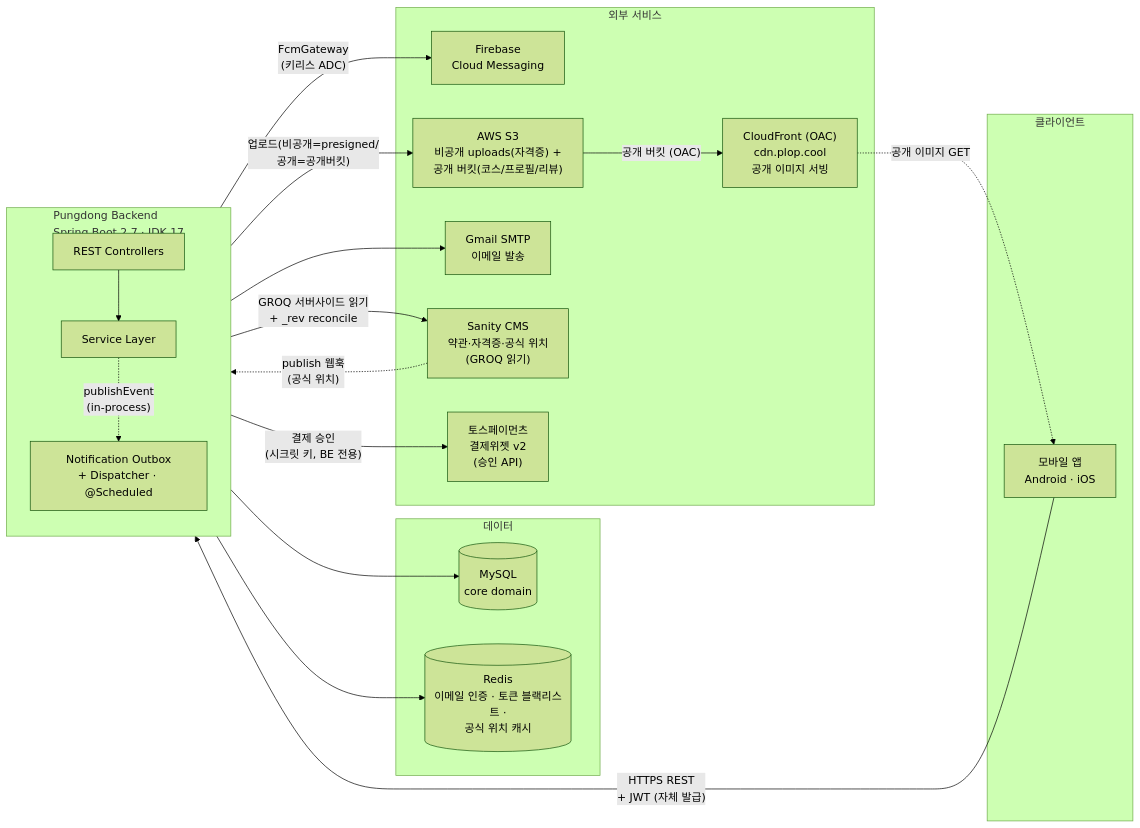
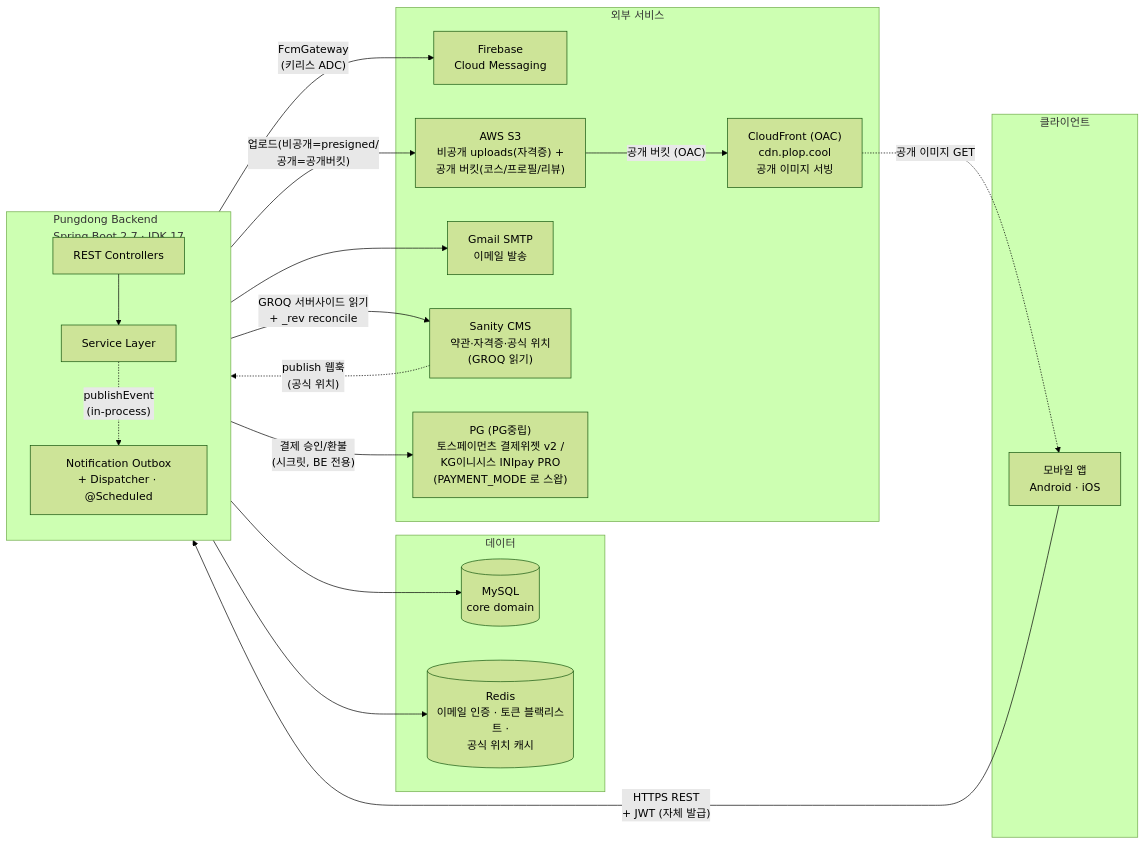
One commit to pungdong/Pungdong-Backend changed the diagram in README.md. Above: the diagram before and after it, drawn with Mermaid (forest theme). The commit also changed other lines of this file and 4 other files, not shown here.

````diff
--- a/README.md
+++ b/README.md
@@ -11,41 +11,41 @@
 ```mermaid
 flowchart LR
     subgraph Clients["클라이언트"]
         App["모바일 앱<br/>Android · iOS"]
     end
 
     subgraph Backend["Pungdong Backend<br/>Spring Boot 2.7 · JDK 17"]
         direction TB
         Controller["REST Controllers"]
         Service["Service Layer"]
         Notif["Notification Outbox<br/>+ Dispatcher · @Scheduled"]
         Controller --> Service
         Service -. "publishEvent<br/>(in-process)" .-> Notif
     end
 
     subgraph Data["데이터"]
         MySQL[("MySQL<br/>core domain")]
         Redis[("Redis<br/>이메일 인증 · 토큰 블랙리스트 ·<br/>공식 위치 캐시")]
     end
 
     subgraph External["외부 서비스"]
         FCM["Firebase<br/>Cloud Messaging"]
         S3["AWS S3<br/>비공개 uploads(자격증) +<br/>공개 버킷(코스/프로필/리뷰)"]
         CDN["CloudFront (OAC)<br/>cdn.plop.cool<br/>공개 이미지 서빙"]
         SMTP["Gmail SMTP<br/>이메일 발송"]
         Sanity["Sanity CMS<br/>약관·자격증·공식 위치<br/>(GROQ 읽기)"]
-        Toss["토스페이먼츠<br/>결제위젯 v2<br/>(승인 API)"]
+        PG["PG (PG중립)<br/>토스페이먼츠 결제위젯 v2 /<br/>KG이니시스 INIpay PRO<br/>(PAYMENT_MODE 로 스왑)"]
     end
 
     App -- "HTTPS REST<br/>+ JWT (자체 발급)" --> Controller
     Service --> MySQL
     Service --> Redis
     Service -- "업로드(비공개=presigned/<br/>공개=공개버킷)" --> S3
     S3 -- "공개 버킷 (OAC)" --> CDN
     CDN -. "공개 이미지 GET" .-> App
     Service --> SMTP
     Service -- "GROQ 서버사이드 읽기<br/>+ _rev reconcile" --> Sanity
-    Service -- "결제 승인<br/>(시크릿 키, BE 전용)" --> Toss
+    Service -- "결제 승인/환불<br/>(시크릿, BE 전용)" --> PG
     Sanity -. "publish 웹훅<br/>(공식 위치)" .-> Controller
     Notif -- "FcmGateway<br/>(키리스 ADC)" --> FCM
 ```
````
